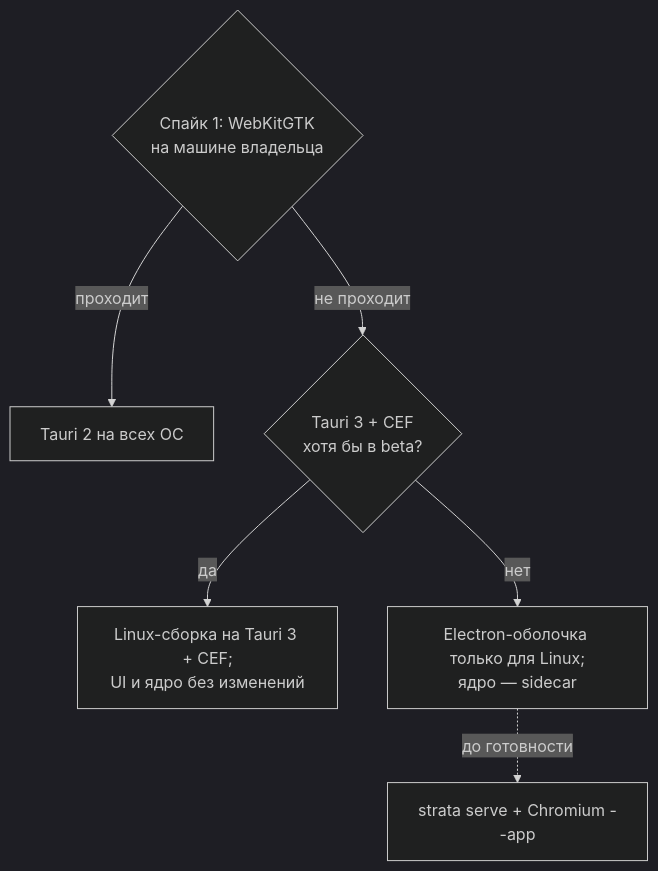
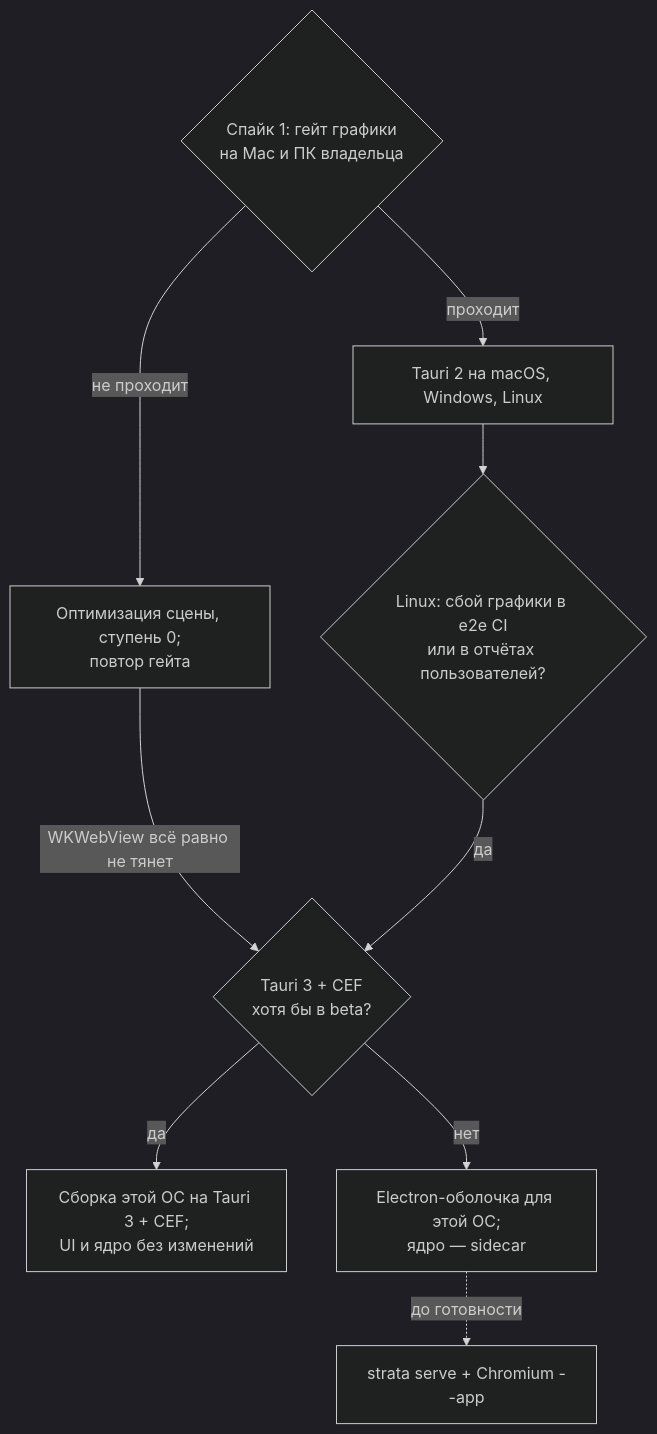
Before and after one commit to AntonZyuzin/Strata: the tenth of 10 diagrams in docs/15-architecture.md, drawn with Mermaid (dark theme). The commit also changed other lines of this file and 1 other file, not shown here.

````diff
--- a/docs/15-architecture.md
+++ b/docs/15-architecture.md
@@ -561,8 +572,11 @@
 ```mermaid
 flowchart TD
-  G{"Спайк 1: WebKitGTK<br/>на машине владельца"} -->|"проходит"| A["Tauri 2 на всех ОС"]
-  G -->|"не проходит"| T3{"Tauri 3 + CEF<br/>хотя бы в beta?"}
-  T3 -->|"да"| C["Linux-сборка на Tauri 3 + CEF;<br/>UI и ядро без изменений"]
-  T3 -->|"нет"| E["Electron-оболочка только для Linux;<br/>ядро — sidecar"]
+  G{"Спайк 1: гейт графики<br/>на Mac и ПК владельца"} -->|"проходит"| A["Tauri 2 на macOS, Windows, Linux"]
+  G -->|"не проходит"| O["Оптимизация сцены, ступень 0;<br/>повтор гейта"]
+  O -->|"WKWebView всё равно не тянет"| T3
+  A --> L{"Linux: сбой графики в e2e CI<br/>или в отчётах пользователей?"}
+  L -->|"да"| T3{"Tauri 3 + CEF<br/>хотя бы в beta?"}
+  T3 -->|"да"| C["Сборка этой ОС на Tauri 3 + CEF;<br/>UI и ядро без изменений"]
+  T3 -->|"нет"| E["Electron-оболочка для этой ОС;<br/>ядро — sidecar"]
   E -.->|"до готовности"| S["strata serve + Chromium --app"]
 ```
````
